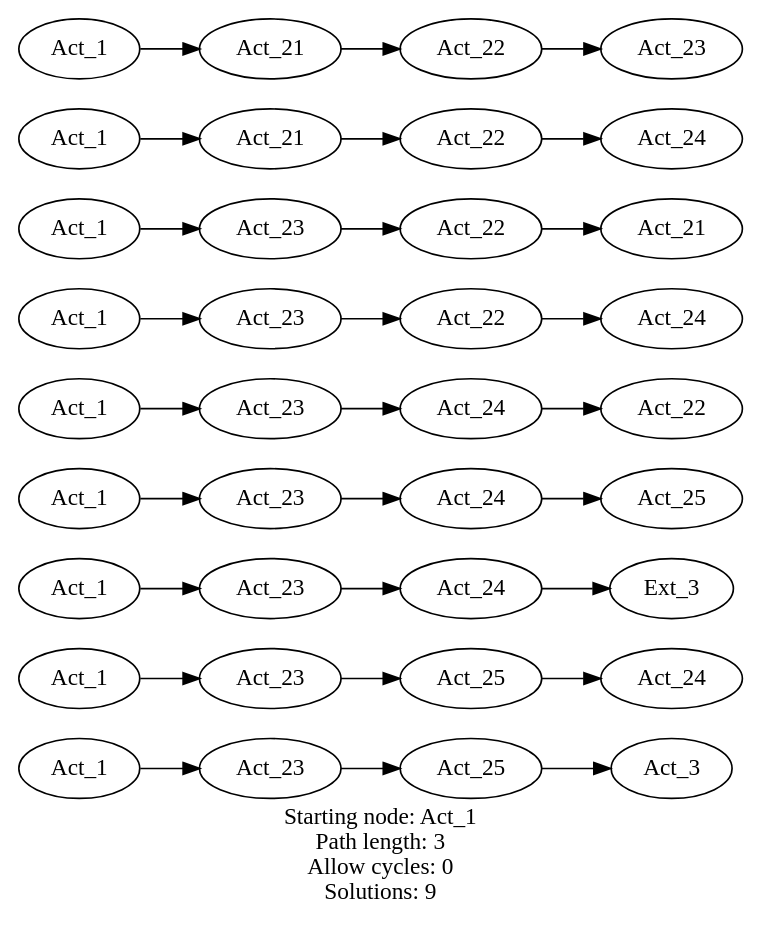
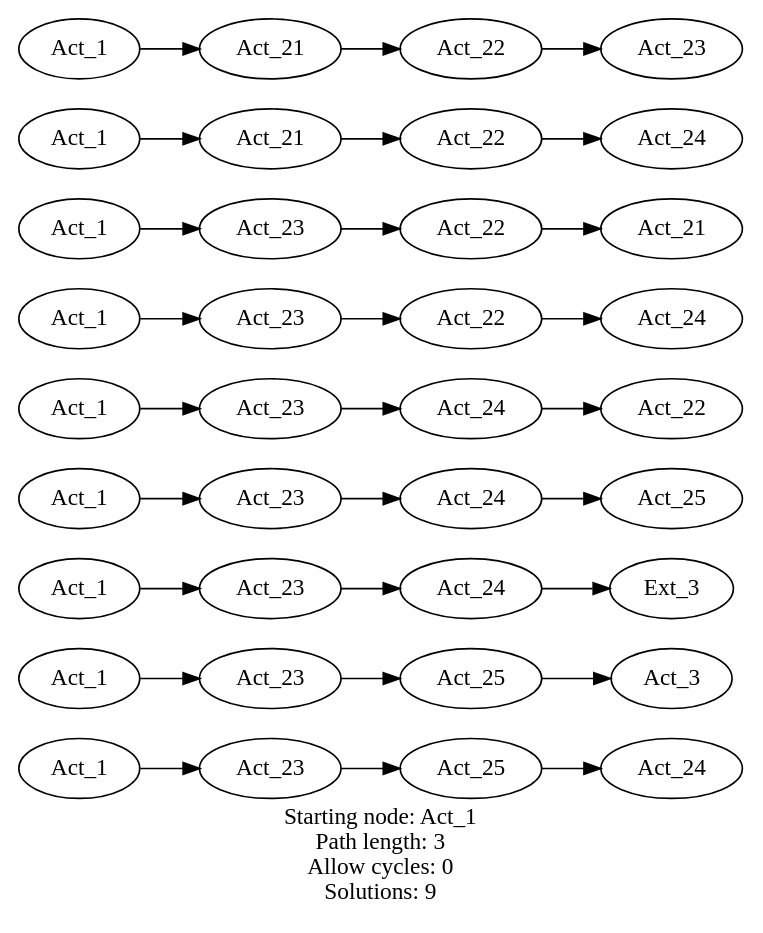
The diagram in data/01.fixed.paths.out.gv (graphviz-perl/GraphViz2-Marpa-PathUtils), drawn with Graphviz before and after one commit. The commit also changed 26 other files, not shown here.

```diff
--- a/data/01.fixed.paths.out.gv
+++ b/data/01.fixed.paths.out.gv
@@ -1,50 +1,50 @@
-strict digraph G
+digraph G
 {
 	graph [label = "Starting node: Act_1\nPath length: 3\nAllow cycles: 0\nSolutions: 9" rankdir = LR]
 
 	"1" [label = "Act_1"]
 	"2" [label = "Act_23"]
 	"3" [label = "Act_25"]
-	"4" [label = "Act_3"]
+	"4" [label = "Act_24"]
 	"5" [label = "Act_1"]
 	"6" [label = "Act_23"]
 	"7" [label = "Act_25"]
-	"8" [label = "Act_24"]
+	"8" [label = "Act_3"]
 	"9" [label = "Act_1"]
 	"10" [label = "Act_23"]
 	"11" [label = "Act_24"]
 	"12" [label = "Ext_3"]
 	"13" [label = "Act_1"]
 	"14" [label = "Act_23"]
 	"15" [label = "Act_24"]
 	"16" [label = "Act_25"]
 	"17" [label = "Act_1"]
 	"18" [label = "Act_23"]
 	"19" [label = "Act_24"]
 	"20" [label = "Act_22"]
 	"21" [label = "Act_1"]
 	"22" [label = "Act_23"]
 	"23" [label = "Act_22"]
 	"24" [label = "Act_24"]
 	"25" [label = "Act_1"]
 	"26" [label = "Act_23"]
 	"27" [label = "Act_22"]
 	"28" [label = "Act_21"]
 	"29" [label = "Act_1"]
 	"30" [label = "Act_21"]
 	"31" [label = "Act_22"]
 	"32" [label = "Act_24"]
 	"33" [label = "Act_1"]
 	"34" [label = "Act_21"]
 	"35" [label = "Act_22"]
 	"36" [label = "Act_23"]
 	"1" -> "2" -> "3" -> "4";
 	"5" -> "6" -> "7" -> "8";
 	"9" -> "10" -> "11" -> "12";
 	"13" -> "14" -> "15" -> "16";
 	"17" -> "18" -> "19" -> "20";
 	"21" -> "22" -> "23" -> "24";
 	"25" -> "26" -> "27" -> "28";
 	"29" -> "30" -> "31" -> "32";
 	"33" -> "34" -> "35" -> "36";
 }
```
